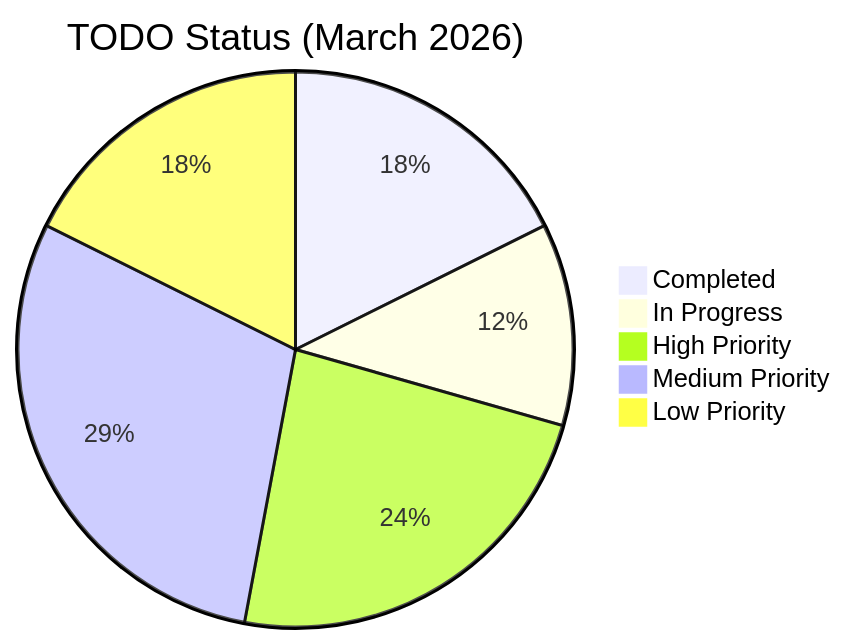
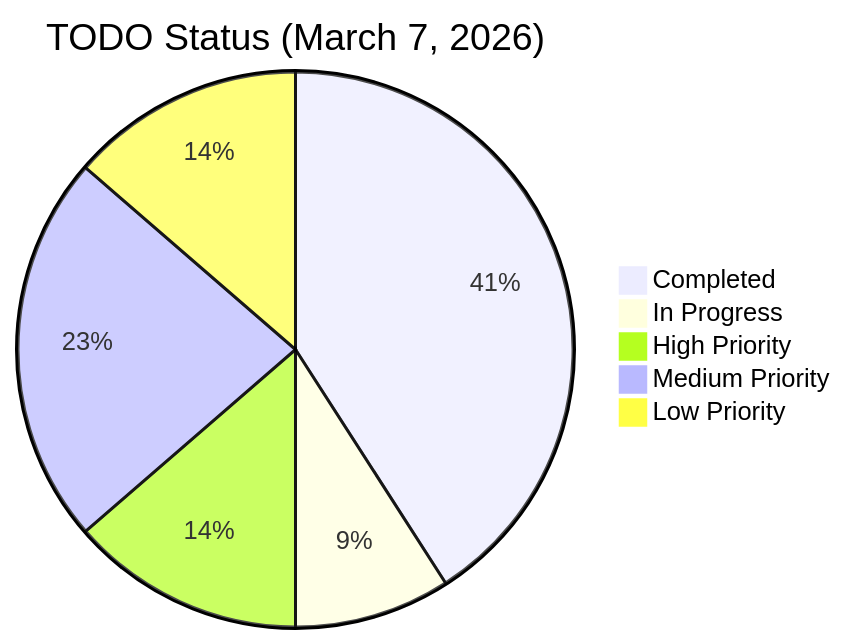
The diagram in TODO.md (JeffreySanford/phase-2-cosmic), drawn with Mermaid before and after one commit. The commit also changed other lines of this file and 31 other files, not shown here.

````diff
--- a/TODO.md
+++ b/TODO.md
@@ -12,8 +13,8 @@
 ```mermaid
-pie title TODO Status (March 2026)
-    "Completed" : 3
+pie title TODO Status (March 7, 2026)
+    "Completed" : 9
     "In Progress" : 2
-    "High Priority" : 4
+    "High Priority" : 3
     "Medium Priority" : 5
     "Low Priority" : 3
 ```
````
